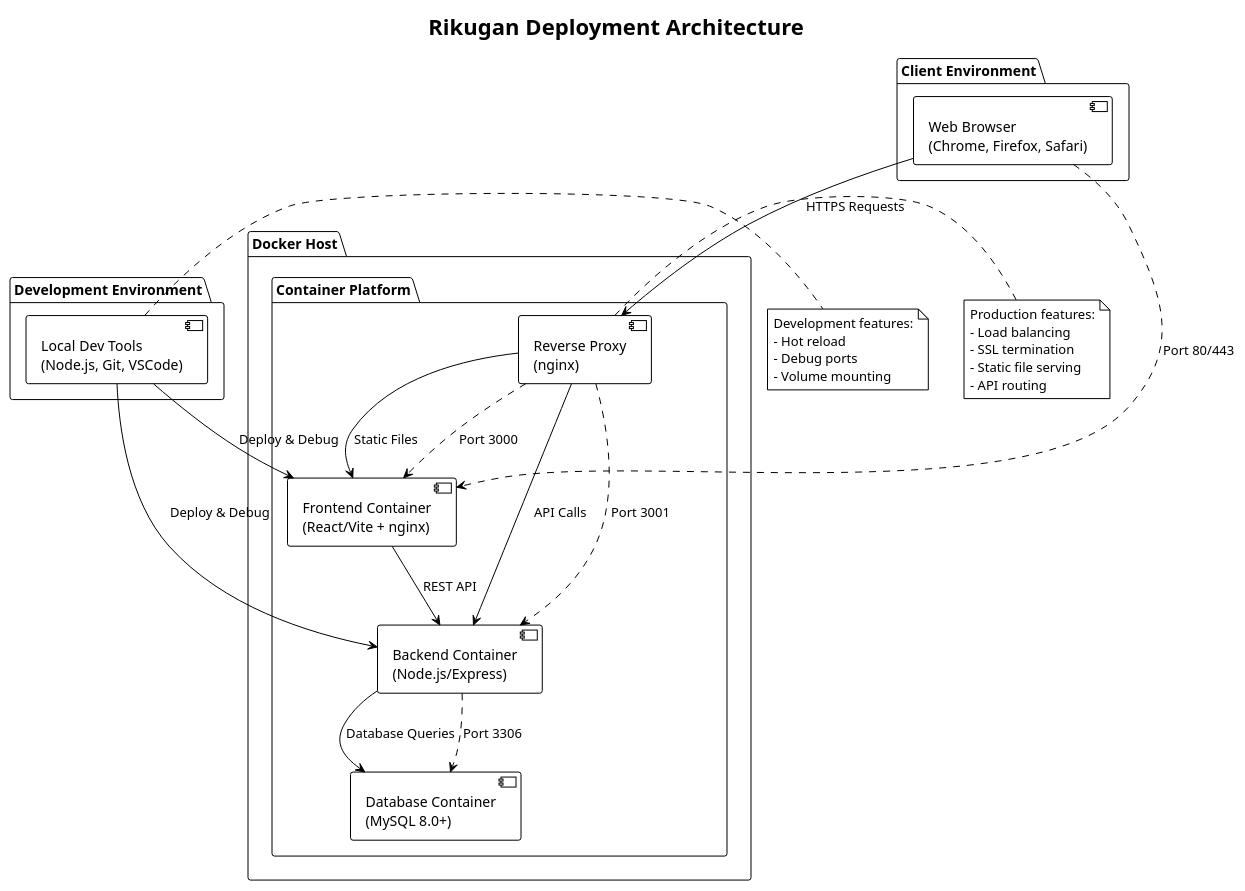
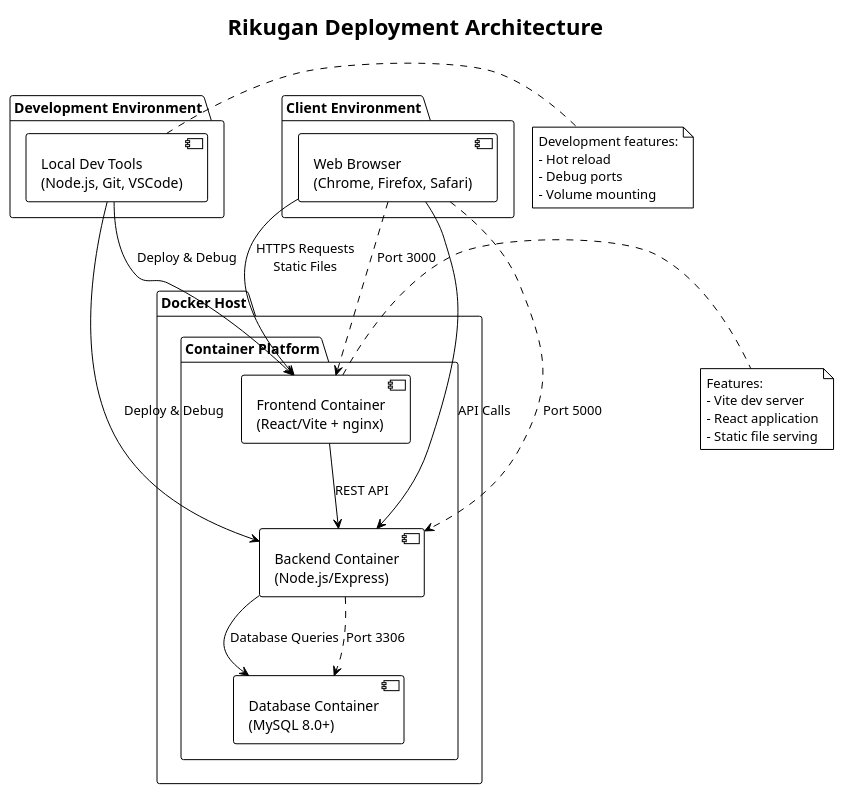
Diagram 12 of 14 in design_docs/uml-diagrams.wsd (AvalonRuFae/3100), drawn with PlantUML before and after one commit. The commit also changed 2 other files, not shown here.

```diff
--- a/design_docs/uml-diagrams.wsd
+++ b/design_docs/uml-diagrams.wsd
@@ -864,52 +864,48 @@
 @startuml Rikugan_Deployment_Diagram
 !theme plain
 title Rikugan Deployment Architecture
 
 package "Development Environment" {
   [Local Dev Tools\n(Node.js, Git, VSCode)] as DevTools
 }
 
 package "Docker Host" {
   package "Container Platform" {
     [Frontend Container\n(React/Vite + nginx)] as FrontendContainer
     [Backend Container\n(Node.js/Express)] as BackendContainer
     [Database Container\n(MySQL 8.0+)] as DatabaseContainer
-    [Reverse Proxy\n(nginx)] as ReverseProxy
   }
 }
 
 package "Client Environment" {
   [Web Browser\n(Chrome, Firefox, Safari)] as Browser
 }
 
 ' Relationships
 DevTools --> FrontendContainer : Deploy & Debug
 DevTools --> BackendContainer : Deploy & Debug
-Browser --> ReverseProxy : HTTPS Requests
-ReverseProxy --> FrontendContainer : Static Files
-ReverseProxy --> BackendContainer : API Calls
+Browser --> FrontendContainer : HTTPS Requests\nStatic Files
+Browser --> BackendContainer : API Calls
 BackendContainer --> DatabaseContainer : Database Queries
 FrontendContainer --> BackendContainer : REST API
 
 ' Network connections
-Browser ..> FrontendContainer : Port 80/443
-ReverseProxy ..> FrontendContainer : Port 3000
-ReverseProxy ..> BackendContainer : Port 3001
+Browser ..> FrontendContainer : Port 3000
+Browser ..> BackendContainer : Port 5000
 BackendContainer ..> DatabaseContainer : Port 3306
 
 note right of DevTools
   Development features:
   - Hot reload
   - Debug ports
   - Volume mounting
 end note
 
-note right of ReverseProxy
-  Production features:
-  - Load balancing
-  - SSL termination
+note right of FrontendContainer
+  Features:
+  - Vite dev server
+  - React application
   - Static file serving
-  - API routing
 end note
 
 @enduml
```
